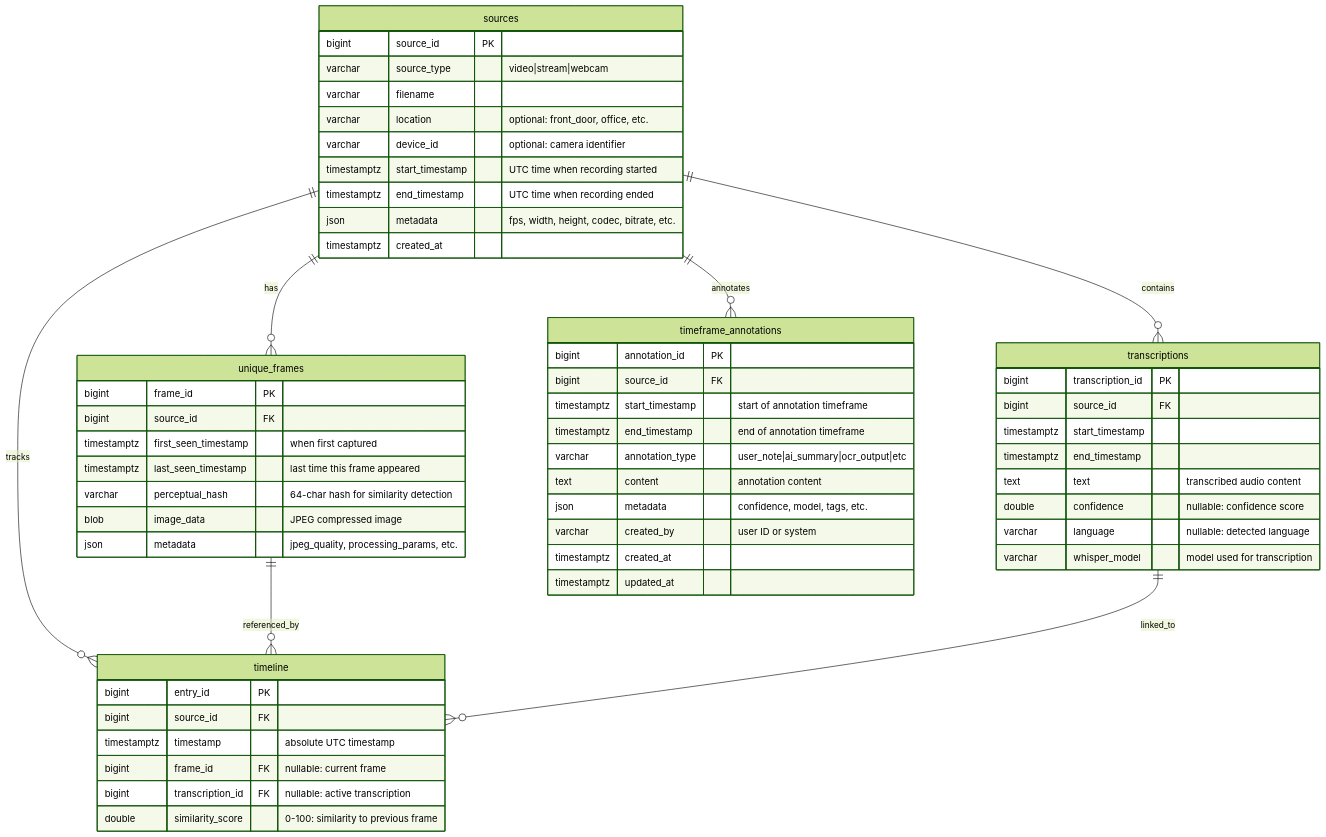
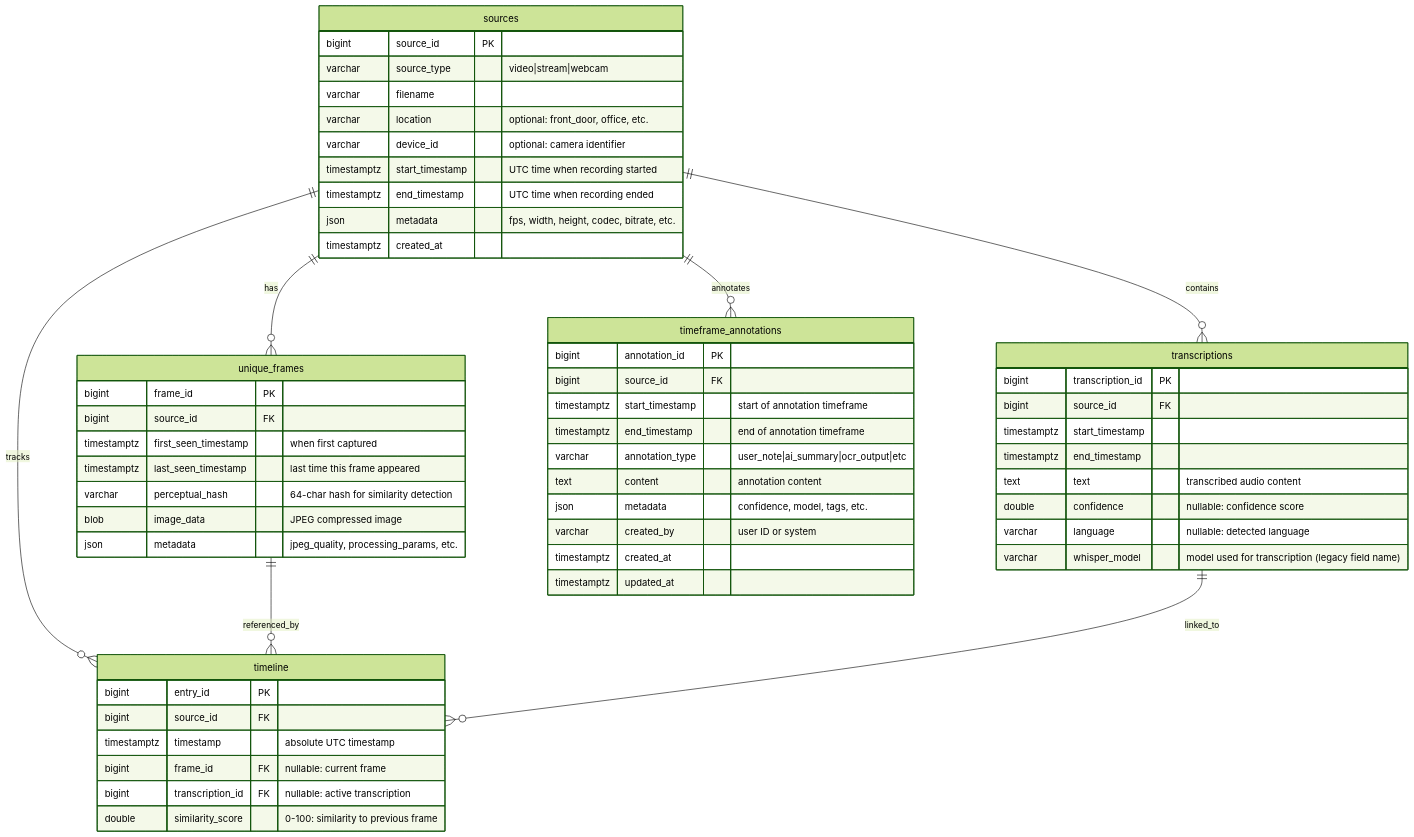
One commit to sdelcore/mem changed the diagram in mem/docs/SCHEMA.md. Above: the diagram before and after it, drawn with Mermaid (forest theme). The commit also changed other lines of this file and 13 other files, not shown here.

First line of the commit message:
docs: remove Whisper references, update for STTD architecture

````diff
--- a/mem/docs/SCHEMA.md
+++ b/mem/docs/SCHEMA.md
@@ -12,64 +12,64 @@
 ```mermaid
 erDiagram
     sources ||--o{ unique_frames : "has"
     sources ||--o{ timeline : "tracks"
     sources ||--o{ transcriptions : "contains"
     sources ||--o{ timeframe_annotations : "annotates"
     unique_frames ||--o{ timeline : "referenced_by"
     transcriptions ||--o{ timeline : "linked_to"
     
     sources {
         bigint source_id PK
         varchar source_type "video|stream|webcam"
         varchar filename
         varchar location "optional: front_door, office, etc."
         varchar device_id "optional: camera identifier"
         timestamptz start_timestamp "UTC time when recording started"
         timestamptz end_timestamp "UTC time when recording ended"
         json metadata "fps, width, height, codec, bitrate, etc."
         timestamptz created_at
     }
     
     unique_frames {
         bigint frame_id PK
         bigint source_id FK
         timestamptz first_seen_timestamp "when first captured"
         timestamptz last_seen_timestamp "last time this frame appeared"
         varchar perceptual_hash "64-char hash for similarity detection"
         blob image_data "JPEG compressed image"
         json metadata "jpeg_quality, processing_params, etc."
     }
     
     timeline {
         bigint entry_id PK
         bigint source_id FK
         timestamptz timestamp "absolute UTC timestamp"
         bigint frame_id FK "nullable: current frame"
         bigint transcription_id FK "nullable: active transcription"
         double similarity_score "0-100: similarity to previous frame"
     }
     
     transcriptions {
         bigint transcription_id PK
         bigint source_id FK
         timestamptz start_timestamp
         timestamptz end_timestamp
         text text "transcribed audio content"
         double confidence "nullable: confidence score"
         varchar language "nullable: detected language"
-        varchar whisper_model "model used for transcription"
+        varchar whisper_model "model used for transcription (legacy field name)"
     }
     
     timeframe_annotations {
         bigint annotation_id PK
         bigint source_id FK
         timestamptz start_timestamp "start of annotation timeframe"
         timestamptz end_timestamp "end of annotation timeframe"
         varchar annotation_type "user_note|ai_summary|ocr_output|etc"
         text content "annotation content"
         json metadata "confidence, model, tags, etc."
         varchar created_by "user ID or system"
         timestamptz created_at
         timestamptz updated_at
     }
 ```
````
